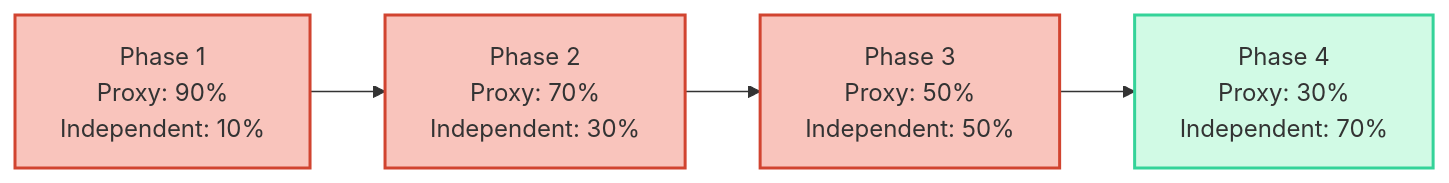
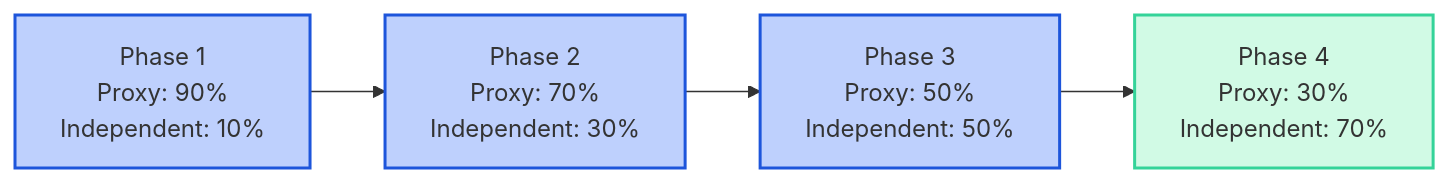
One commit to clawdot/docs changed the fourth of 4 diagrams in en/gateway/standard-protocol.mdx. Above: the diagram before and after it, drawn with Mermaid. The commit also changed other lines of this file and 43 other files, not shown here.

````diff
--- a/en/gateway/standard-protocol.mdx
+++ b/en/gateway/standard-protocol.mdx
@@ -230,16 +230,16 @@
 ```mermaid
 graph LR
   Phase1["Phase 1<br/>Proxy: 90%<br/>Independent: 10%"]
   Phase2["Phase 2<br/>Proxy: 70%<br/>Independent: 30%"]
   Phase3["Phase 3<br/>Proxy: 50%<br/>Independent: 50%"]
   Phase4["Phase 4<br/>Proxy: 30%<br/>Independent: 70%"]
 
   Phase1 --> Phase2
   Phase2 --> Phase3
   Phase3 --> Phase4
 
-  style Phase1 fill:#f9c4bc,stroke:#D14430,stroke-width:2px
-  style Phase2 fill:#f9c4bc,stroke:#D14430,stroke-width:2px
-  style Phase3 fill:#f9c4bc,stroke:#D14430,stroke-width:2px
+  style Phase1 fill:#BED0FD,stroke:#1D55DB,stroke-width:2px
+  style Phase2 fill:#BED0FD,stroke:#1D55DB,stroke-width:2px
+  style Phase3 fill:#BED0FD,stroke:#1D55DB,stroke-width:2px
   style Phase4 fill:#D1FAE5,stroke:#34D399,stroke-width:2px
 ```
````
